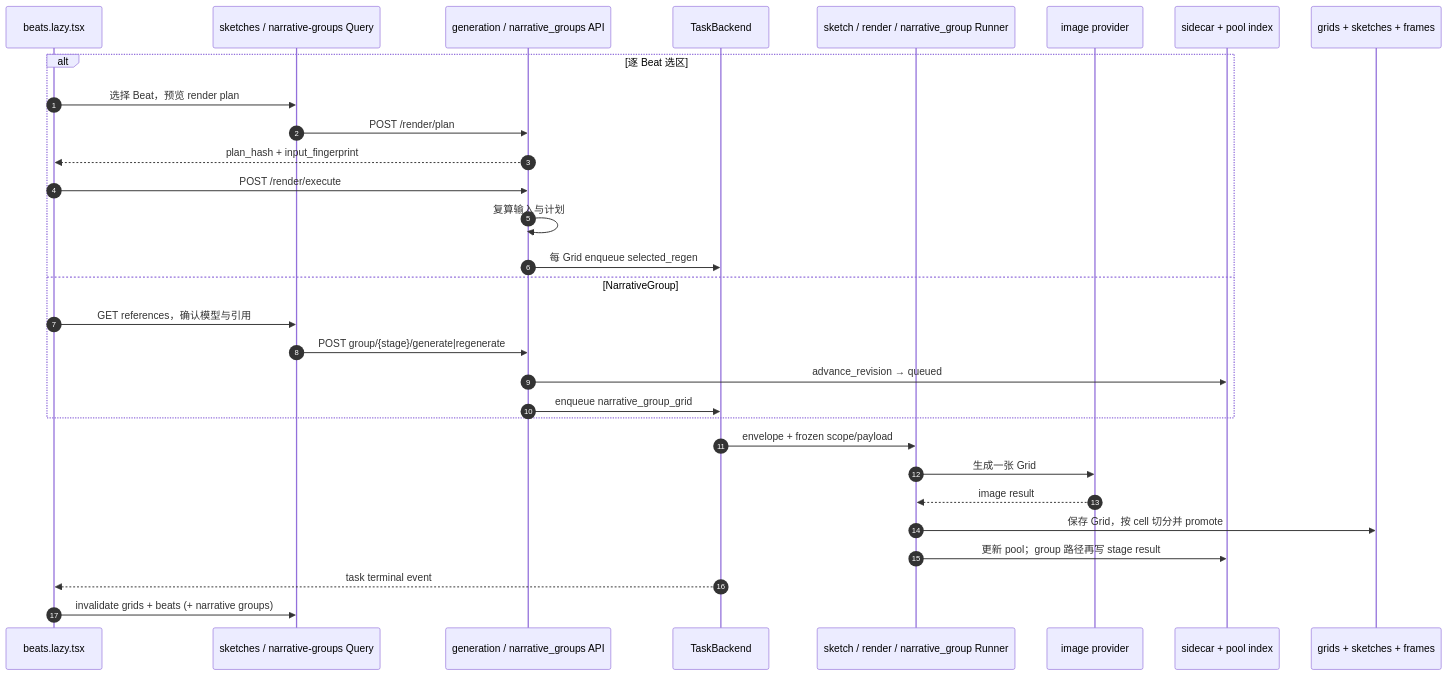
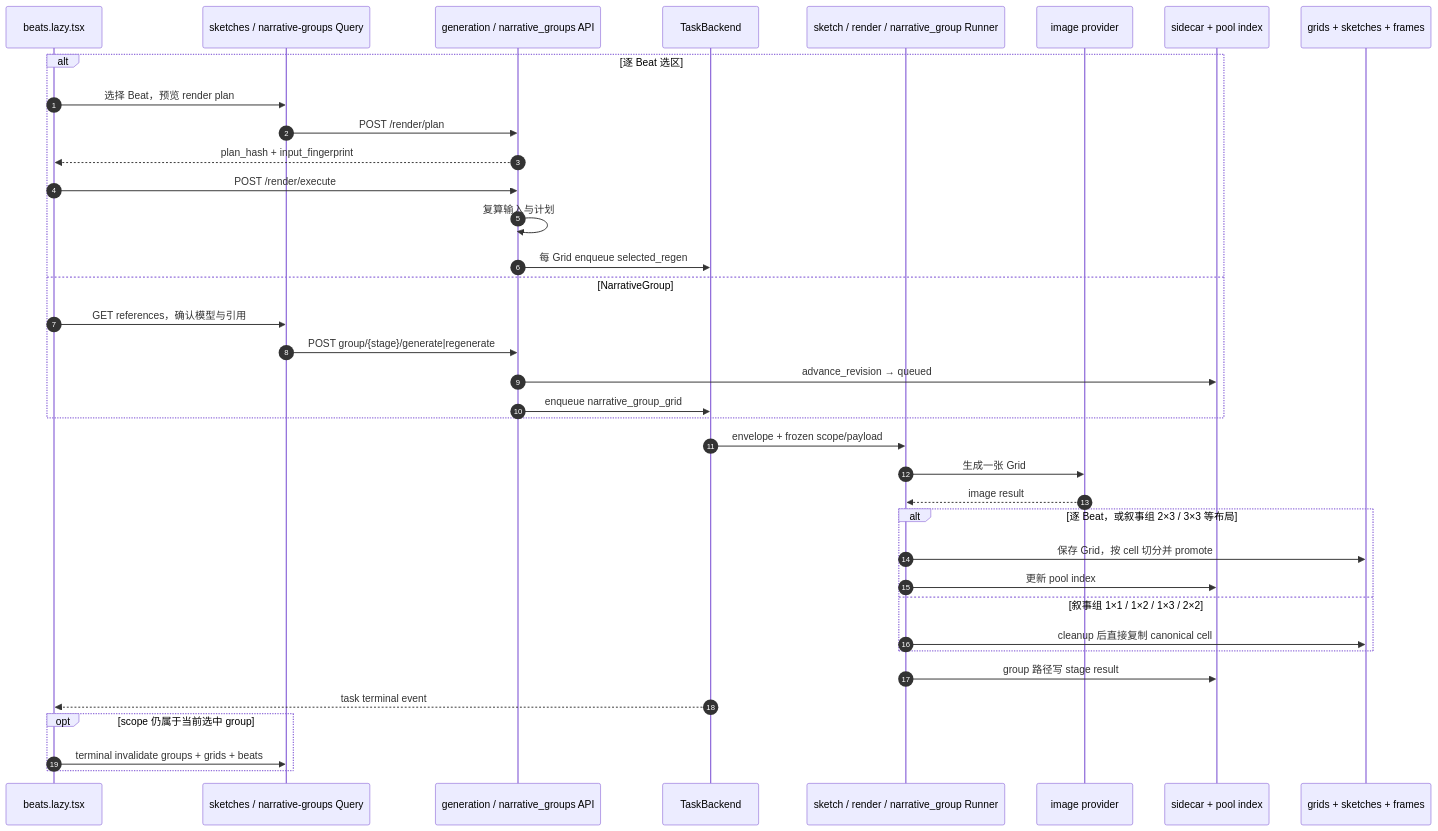
The second of 2 diagrams in docs/cookbook/pipelines/05-storyboard.md (YuRui-Liu/Nuomi-drama-factory), drawn with Mermaid before and after one commit. The commit also changed other lines of this file, not shown here.

````diff
--- a/docs/cookbook/pipelines/05-storyboard.md
+++ b/docs/cookbook/pipelines/05-storyboard.md
@@ -119,33 +131,40 @@
 ```mermaid
 sequenceDiagram
     autonumber
     participant UI as beats.lazy.tsx
     participant Q as sketches / narrative-groups Query
     participant API as generation / narrative_groups API
     participant TB as TaskBackend
     participant R as sketch / render / narrative_group Runner
     participant P as image provider
     participant S as sidecar + pool index
     participant F as grids + sketches + frames
 
     alt 逐 Beat 选区
         UI->>Q: 选择 Beat，预览 render plan
         Q->>API: POST /render/plan
         API-->>UI: plan_hash + input_fingerprint
         UI->>API: POST /render/execute
         API->>API: 复算输入与计划
         API->>TB: 每 Grid enqueue selected_regen
     else NarrativeGroup
         UI->>Q: GET references，确认模型与引用
         Q->>API: POST group/{stage}/generate|regenerate
         API->>S: advance_revision → queued
         API->>TB: enqueue narrative_group_grid
     end
     TB->>R: envelope + frozen scope/payload
     R->>P: 生成一张 Grid
     P-->>R: image result
-    R->>F: 保存 Grid，按 cell 切分并 promote
-    R->>S: 更新 pool；group 路径再写 stage result
+    alt 逐 Beat，或叙事组 2×3 / 3×3 等布局
+        R->>F: 保存 Grid，按 cell 切分并 promote
+        R->>S: 更新 pool index
+    else 叙事组 1×1 / 1×2 / 1×3 / 2×2
+        R->>F: cleanup 后直接复制 canonical cell
+    end
+    R->>S: group 路径写 stage result
     TB-->>UI: task terminal event
-    UI->>Q: invalidate grids + beats (+ narrative groups)
+    opt scope 仍属于当前选中 group
+        UI->>Q: terminal invalidate groups + grids + beats
+    end
 ```
````
